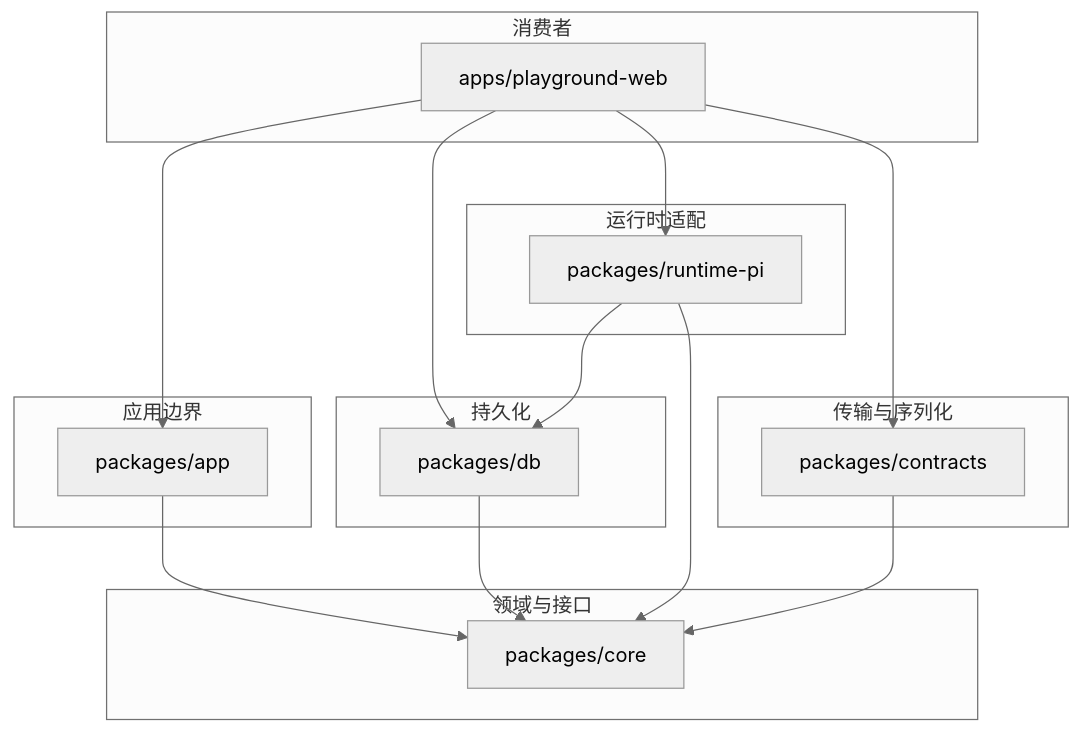
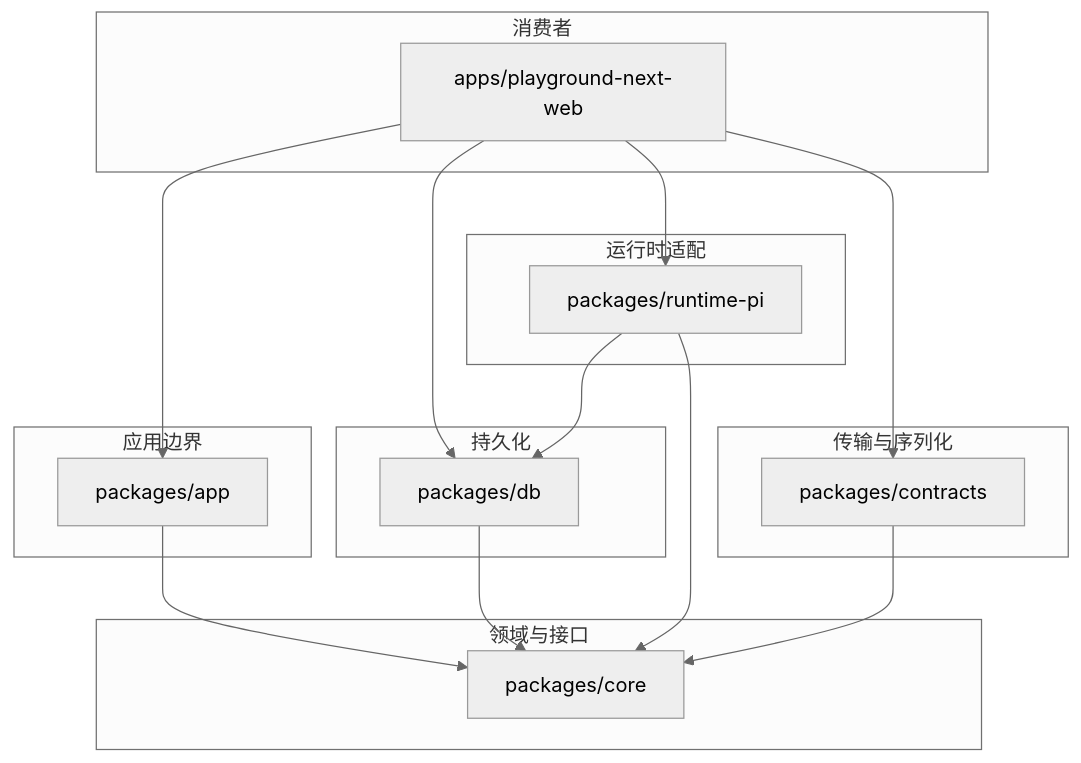
The diagram in docs/project-manual-zh.md (yusifeng/agent-infra), drawn with Mermaid (neutral theme) before and after one commit. The commit also changed other lines of this file and 99 other files, not shown here.

Commit message:
refactor(apps): rename next web and add scaffolds

````diff
--- a/docs/project-manual-zh.md
+++ b/docs/project-manual-zh.md
@@ -37,30 +37,30 @@
 ```mermaid
 flowchart TB
   subgraph consumers [消费者]
-    PW[apps/playground-web]
+    PW[apps/playground-next-web]
   end
   subgraph app_layer [应用边界]
     APP[packages/app]
   end
   subgraph transport [传输与序列化]
     CTR[packages/contracts]
   end
   subgraph domain [领域与接口]
     CORE[packages/core]
   end
   subgraph persistence [持久化]
     DB[packages/db]
   end
   subgraph runtime [运行时适配]
     RPI[packages/runtime-pi]
   end
   PW --> APP
   PW --> CTR
   PW --> DB
   PW --> RPI
   APP --> CORE
   DB --> CORE
   RPI --> CORE
   RPI --> DB
   CTR --> CORE
 ```
````
